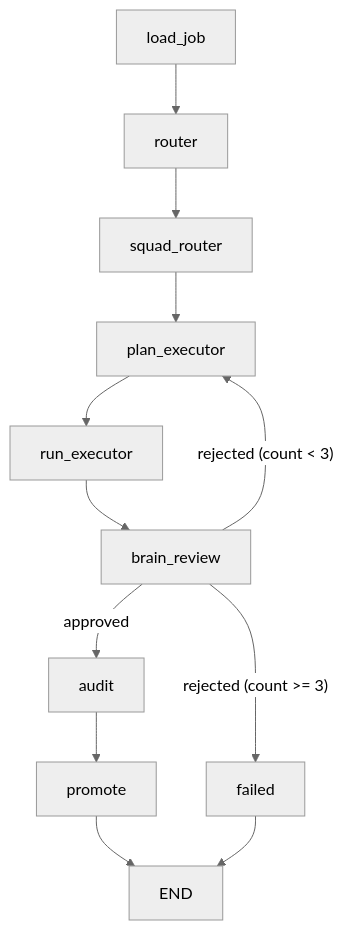
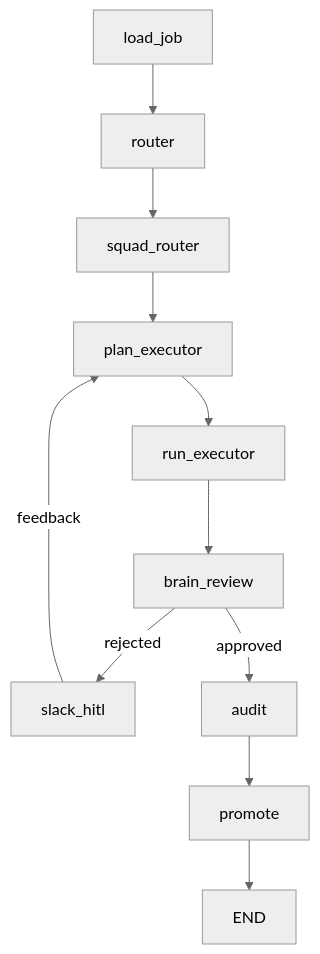
One commit to yosuku0/Antigravity_MVP_Architecture changed the diagram in README.md. Above: the diagram before and after it, drawn with Mermaid (neutral theme). The commit also changed other lines of this file and 1 other file, not shown here.

Commit message:
chore: finalize MVP architecture documentation and close Phase G

````diff
--- a/README.md
+++ b/README.md
@@ -15,14 +27,13 @@
 ```mermaid
 graph TD
     load_job --> router
     router --> squad_router
     squad_router --> plan_executor
     plan_executor --> run_executor
     run_executor --> brain_review
-    brain_review -- "rejected (count < 3)" --> plan_executor
+    brain_review -- "rejected" --> slack_hitl
+    slack_hitl -- "feedback" --> plan_executor
     brain_review -- "approved" --> audit
-    brain_review -- "rejected (count >= 3)" --> failed
     audit --> promote
     promote --> END
-    failed --> END
 ```
````
